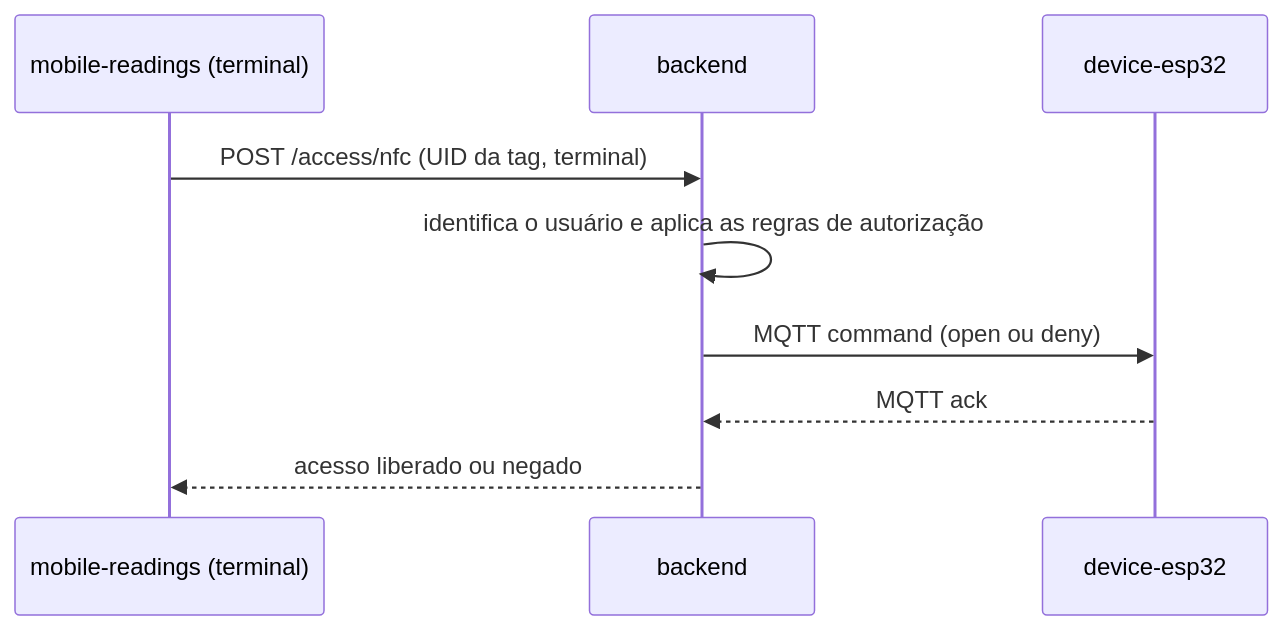
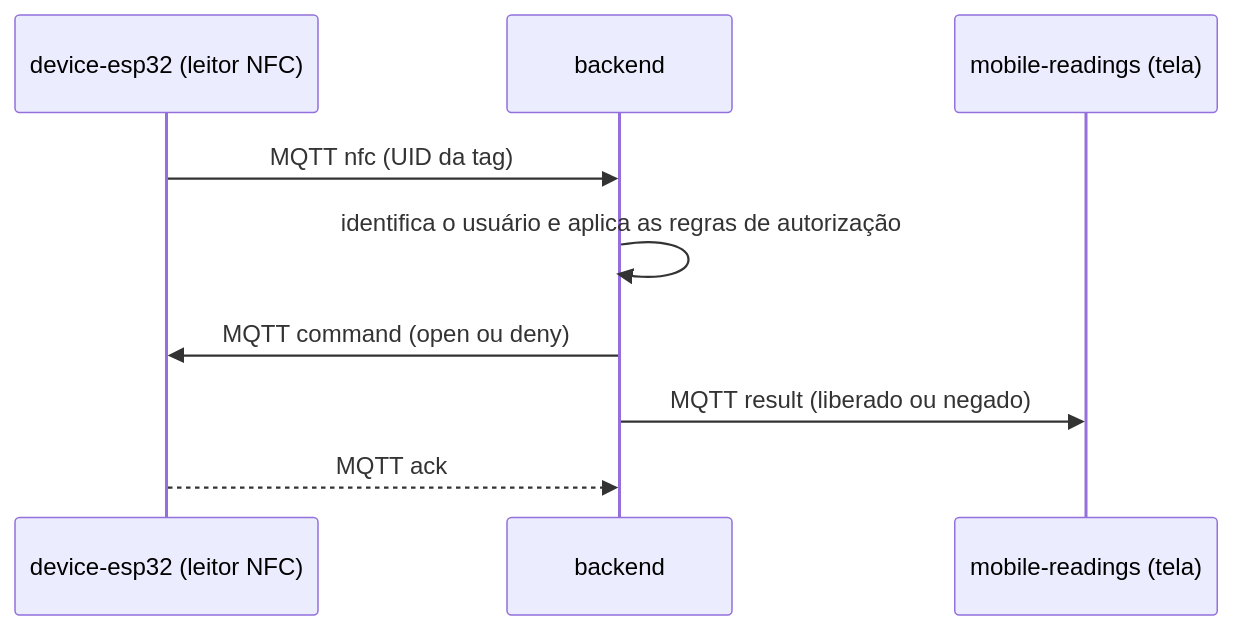
Before and after one commit to Helloworld-fatec/access-control: the third of 5 diagrams in docs/arquitetura.md, drawn with Mermaid. The commit also changed other lines of this file and 2 other files, not shown here.

First line of the commit message:
docs(arquitetura): leitor NFC passa a ficar no ESP32

````diff
--- a/docs/arquitetura.md
+++ b/docs/arquitetura.md
@@ -141,12 +157,12 @@
 ```mermaid
 sequenceDiagram
-  participant T as mobile-readings (terminal)
+  participant E as device-esp32 (leitor NFC)
   participant B as backend
-  participant E as device-esp32
+  participant T as mobile-readings (tela)
 
-  T->>B: POST /access/nfc (UID da tag, terminal)
+  E->>B: MQTT nfc (UID da tag)
   B->>B: identifica o usuário e aplica as regras de autorização
   B->>E: MQTT command (open ou deny)
+  B->>T: MQTT result (liberado ou negado)
   E-->>B: MQTT ack
-  B-->>T: acesso liberado ou negado
 ```
````
